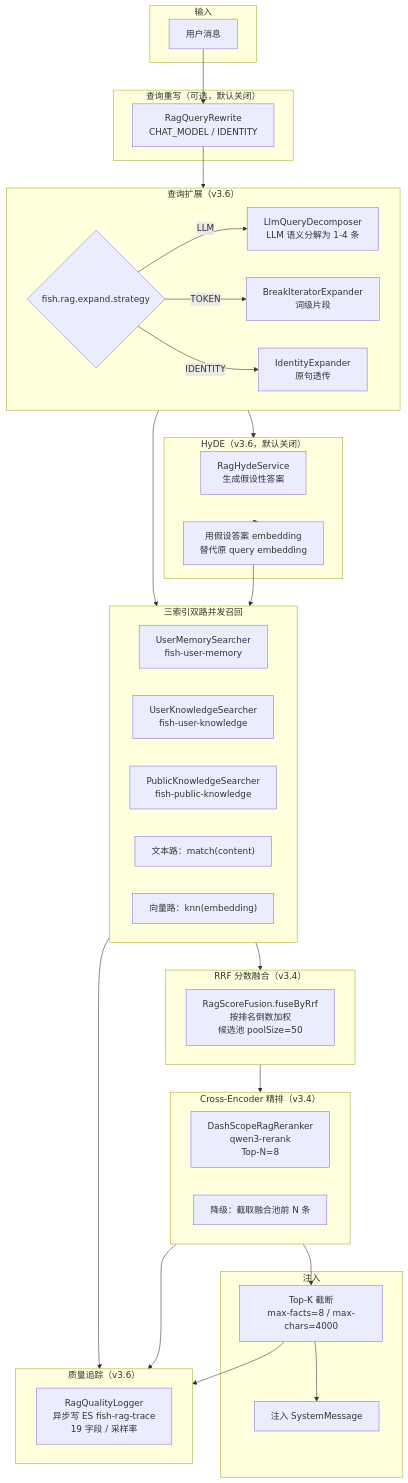
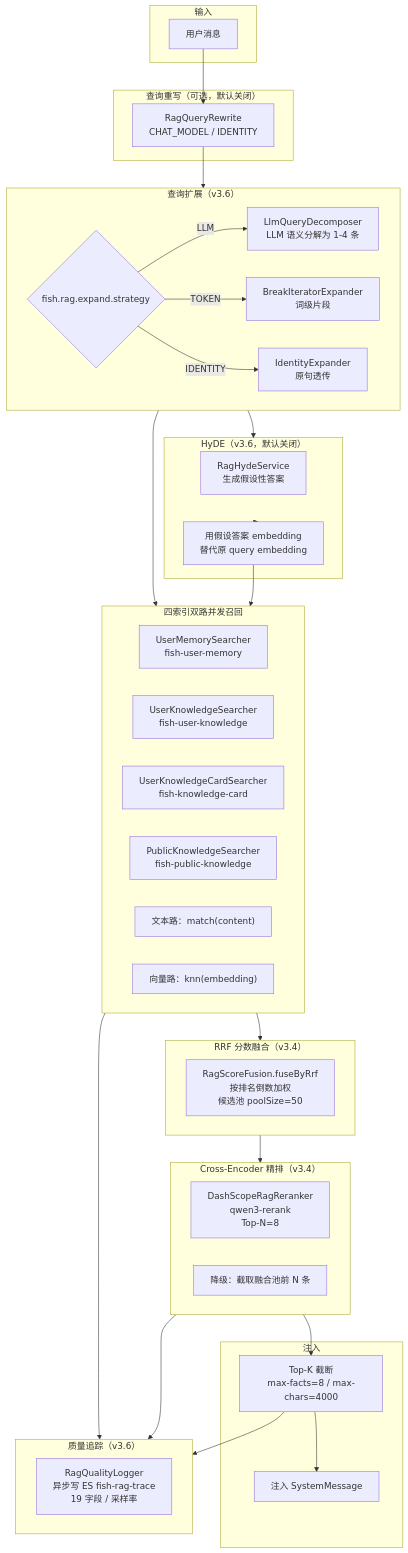
Before and after one commit to Yuyu123fish/Fish-Agent: the first of 3 diagrams in document/模块要点/模块7-RAG检索增强管线.md, drawn with Mermaid. The commit also changed other lines of this file and 92 other files, not shown here.

````diff
--- a/document/模块要点/模块7-RAG检索增强管线.md
+++ b/document/模块要点/模块7-RAG检索增强管线.md
@@ -11,59 +11,60 @@
 ```mermaid
 flowchart TB
     subgraph Input["输入"]
         Q["用户消息"]
     end
 
     subgraph Rewrite["查询重写（可选，默认关闭）"]
         RW["RagQueryRewrite<br/>CHAT_MODEL / IDENTITY"]
     end
 
     subgraph Expand["查询扩展（v3.6）"]
         Strategy{"fish.rag.expand.strategy"}
         LLM_EXP["LlmQueryDecomposer<br/>LLM 语义分解为 1-4 条"]
         TOKEN_EXP["BreakIteratorExpander<br/>词级片段"]
         ID_EXP["IdentityExpander<br/>原句透传"]
         Strategy -->|LLM| LLM_EXP
         Strategy -->|TOKEN| TOKEN_EXP
         Strategy -->|IDENTITY| ID_EXP
     end
 
     subgraph HyDE["HyDE（v3.6，默认关闭）"]
         HD["RagHydeService<br/>生成假设性答案"]
         HD_EMB["用假设答案 embedding<br/>替代原 query embedding"]
     end
 
-    subgraph Recall["三索引双路并发召回"]
+    subgraph Recall["四索引双路并发召回"]
         S1["UserMemorySearcher<br/>fish-user-memory"]
         S2["UserKnowledgeSearcher<br/>fish-user-knowledge"]
-        S3["PublicKnowledgeSearcher<br/>fish-public-knowledge"]
+        S3["UserKnowledgeCardSearcher<br/>fish-knowledge-card"]
+        S4["PublicKnowledgeSearcher<br/>fish-public-knowledge"]
         T["文本路：match(content)"]
         V["向量路：knn(embedding)"]
     end
 
     subgraph Fusion["RRF 分数融合（v3.4）"]
         RRF["RagScoreFusion.fuseByRrf<br/>按排名倒数加权<br/>候选池 poolSize=50"]
     end
 
     subgraph Rerank["Cross-Encoder 精排（v3.4）"]
         CE["DashScopeRagReranker<br/>qwen3-rerank<br/>Top-N=8"]
         FB["降级：截取融合池前 N 条"]
     end
 
     subgraph Render["注入"]
         TopK["Top-K 截断<br/>max-facts=8 / max-chars=4000"]
         Inject["注入 SystemMessage"]
     end
 
     subgraph Trace["质量追踪（v3.6）"]
         TL["RagQualityLogger<br/>异步写 ES fish-rag-trace<br/>19 字段 / 采样率"]
     end
 
     Q --> RW --> Expand
     Expand --> Recall
     Expand --> HyDE --> HD_EMB --> Recall
     Recall --> Fusion --> Rerank --> TopK --> Inject
     Recall --> Trace
     Rerank --> Trace
     TopK --> Trace
 ```
````
